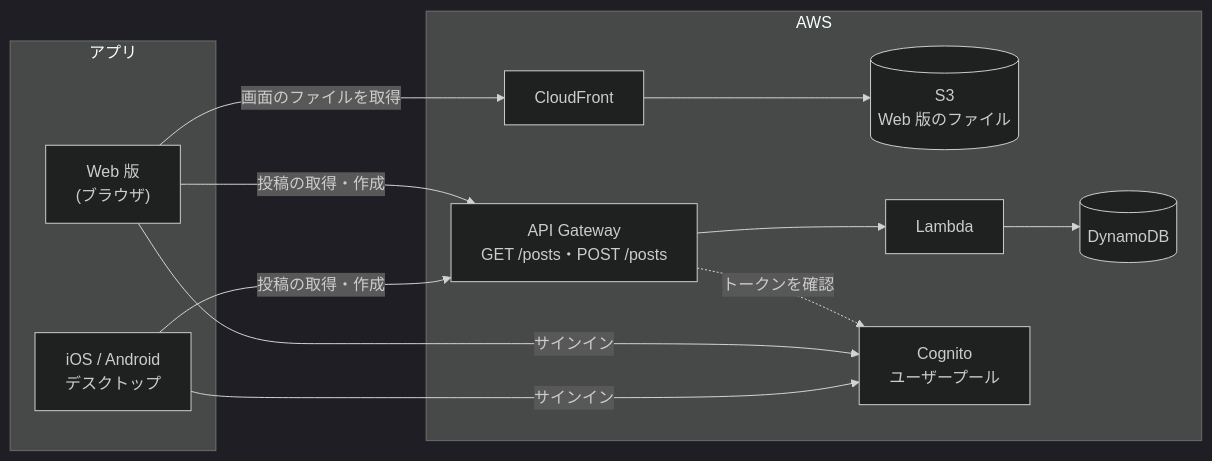
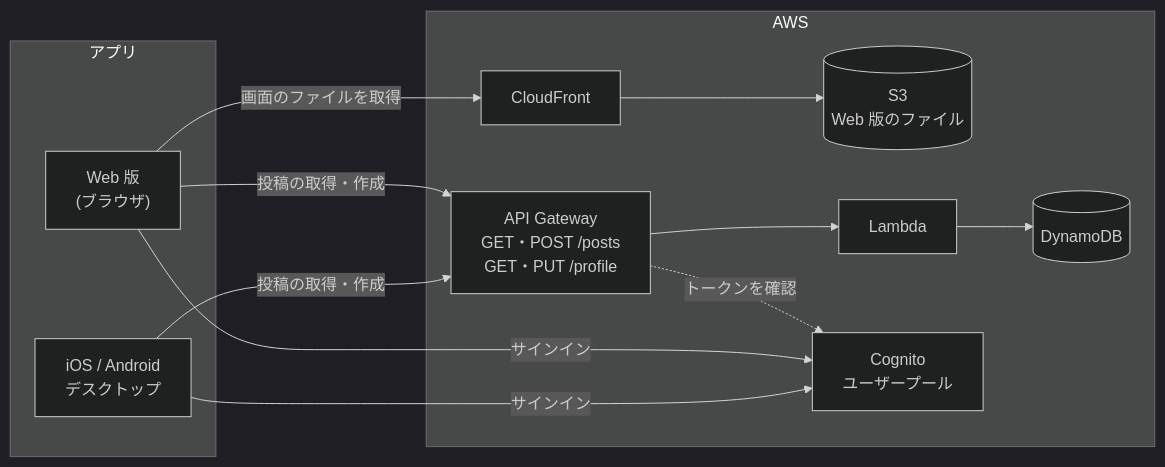
One commit to diapp0227/zero-chat changed the diagram in README.md. Above: the diagram before and after it, drawn with Mermaid (dark theme). The commit also changed other lines of this file and 5 other files, not shown here.

Commit message:
Add profile API Lambdas and the guide for building them

````diff
--- a/README.md
+++ b/README.md
@@ -50,20 +51,20 @@
 ```mermaid
 flowchart LR
     subgraph Clients[アプリ]
         Mobile["iOS / Android<br/>デスクトップ"]
         Browser["Web 版<br/>(ブラウザ)"]
     end
 
     subgraph AWS
         CF[CloudFront] --> S3[(S3<br/>Web 版のファイル)]
-        APIGW["API Gateway<br/>GET /posts・POST /posts"] --> Lambda[Lambda] --> DDB[(DynamoDB)]
+        APIGW["API Gateway<br/>GET・POST /posts<br/>GET・PUT /profile"] --> Lambda[Lambda] --> DDB[(DynamoDB)]
         Cognito[Cognito<br/>ユーザープール]
         APIGW -.->|トークンを確認| Cognito
     end
 
     Browser -->|画面のファイルを取得| CF
     Browser -->|投稿の取得・作成| APIGW
     Mobile -->|投稿の取得・作成| APIGW
     Browser -->|サインイン| Cognito
     Mobile -->|サインイン| Cognito
 ```
````
